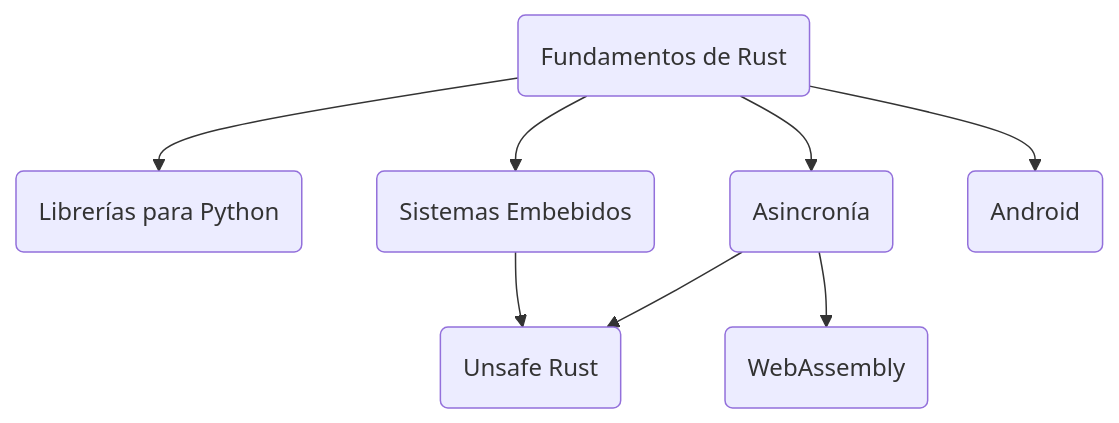
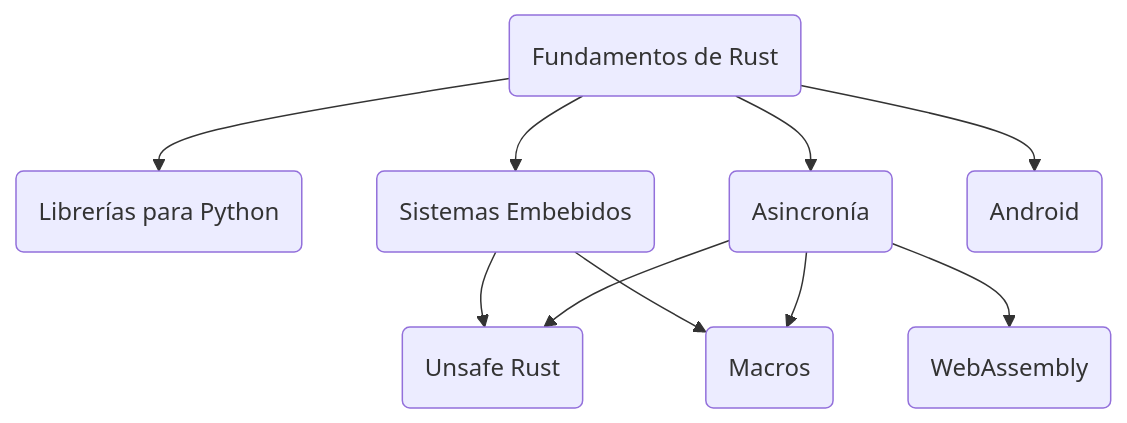
One commit to IvanHHdz/NV_Rust changed the diagram in README.md. Above: the diagram before and after it, drawn with Mermaid.

Commit message:
Actualización del diagrama

````diff
--- a/README.md
+++ b/README.md
@@ -9,10 +9,12 @@
 ```mermaid
 flowchart
     A(Fundamentos de Rust) --> B(Librerías para Python)
     A --> C(Sistemas Embebidos)
     A --> D(Asincronía)
     D --> E(WebAssembly)
     A --> F(Android)
     C --> G(Unsafe Rust)
     D --> G
+    C --> H(Macros)
+    D --> H
 ```
````
